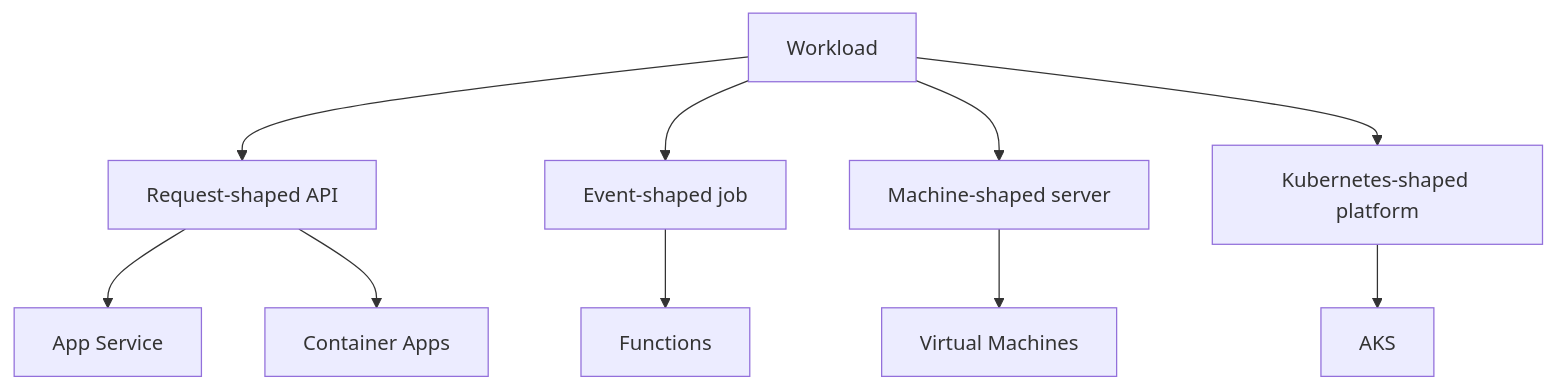
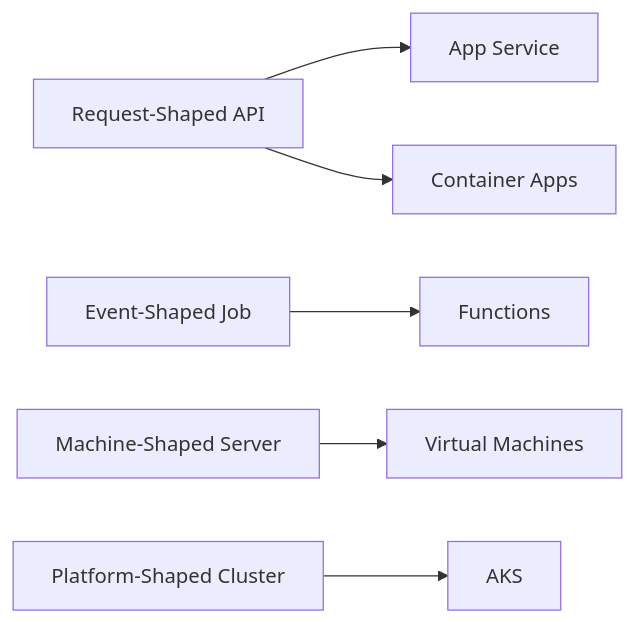
One commit to senlinyy/dev-roadmaps changed the second of 3 diagrams in cloud-providers/azure/compute-application-hosting/what-is-compute.md. Above: the diagram before and after it, drawn with Mermaid. The commit also changed other lines of this file and 142 other files, not shown here.

````diff
--- a/cloud-providers/azure/compute-application-hosting/what-is-compute.md
+++ b/cloud-providers/azure/compute-application-hosting/what-is-compute.md
@@ -81,12 +74,8 @@
 ```mermaid
-flowchart TB
-    Work["Workload"] --> Web["Request-shaped API"]
-    Work --> Event["Event-shaped job"]
-    Work --> Machine["Machine-shaped server"]
-    Work --> Kube["Kubernetes-shaped platform"]
-    Web --> AS["App Service"]
+flowchart LR
+    Web["Request-Shaped API"] --> AS["App Service"]
     Web --> ACA["Container Apps"]
-    Event --> Func["Functions"]
-    Machine --> VM["Virtual Machines"]
-    Kube --> AKS["AKS"]
+    Event["Event-Shaped Job"] --> Func["Functions"]
+    Machine["Machine-Shaped Server"] --> VM["Virtual Machines"]
+    Kube["Platform-Shaped Cluster"] --> AKS["AKS"]
 ```
````
